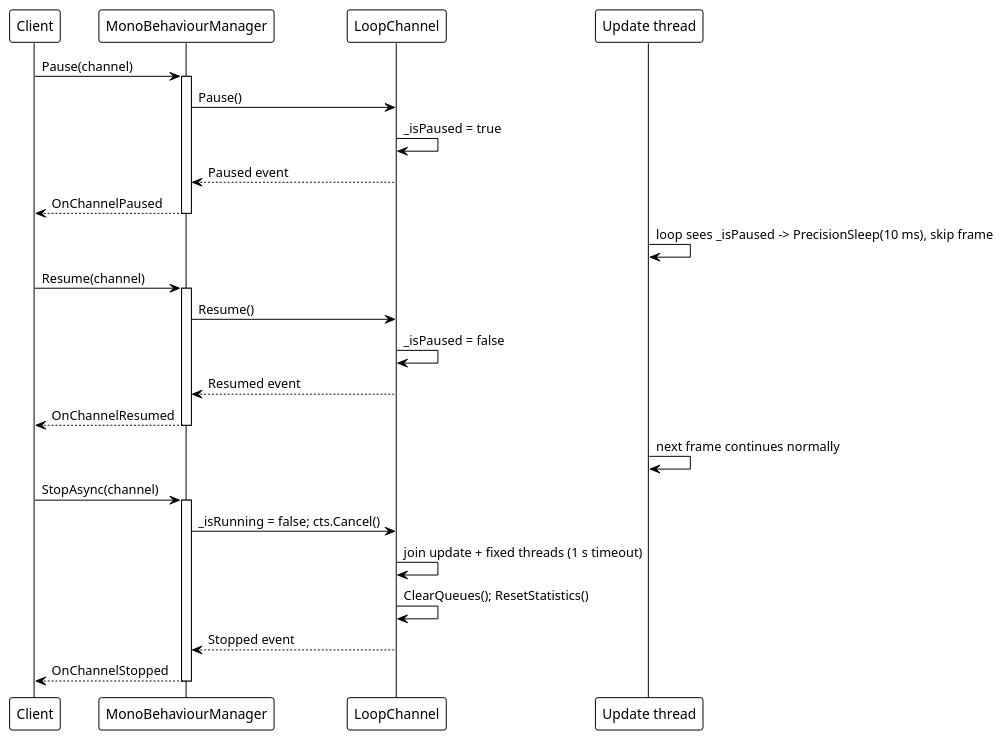
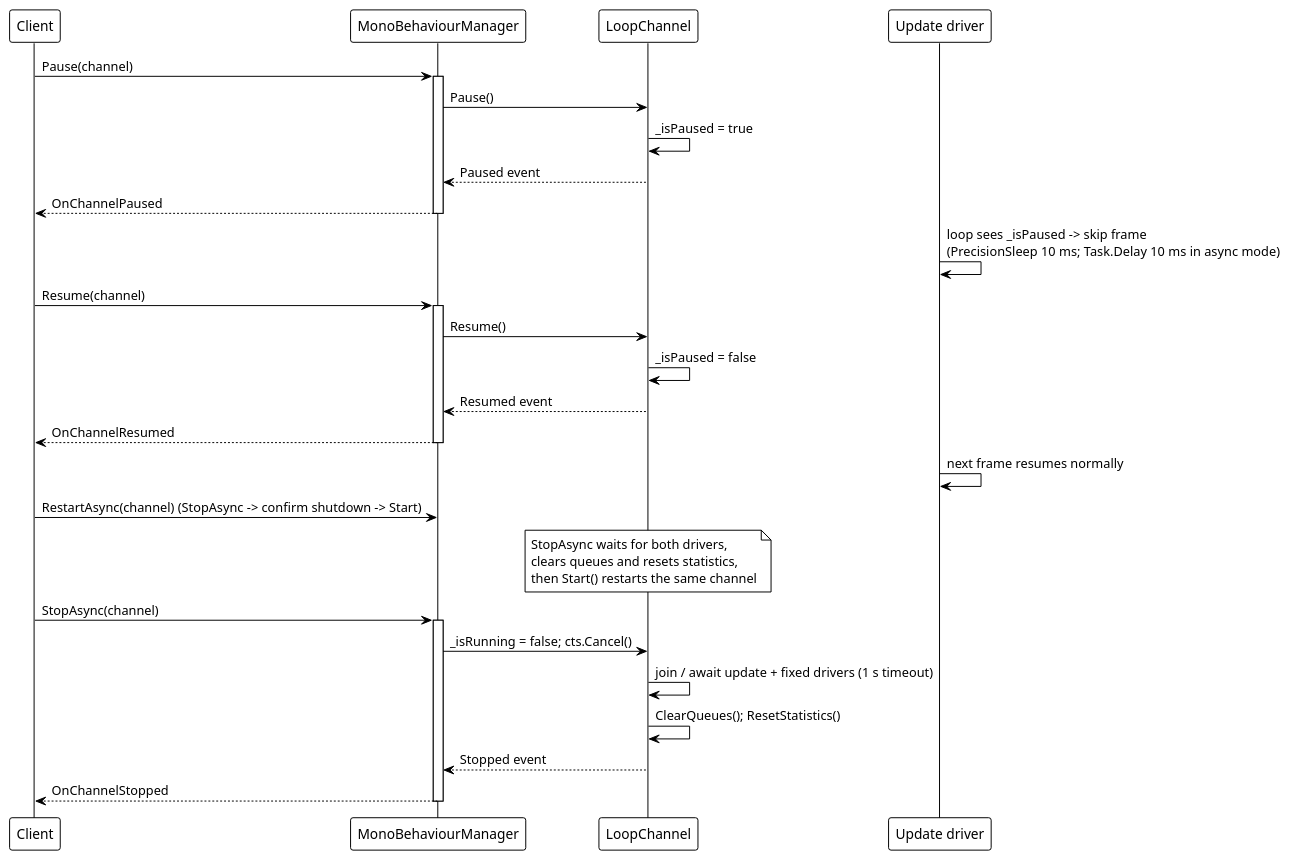
The second of 6 diagrams in src/CloudGlyph/Assets/Docs/content/en/3_SE_Analysis/03_data-flow/06_monobehaviour/index.md (Axvser/VeloxDev.Docs), drawn with PlantUML before and after one commit. The commit also changed other lines of this file and 443 other files, not shown here.

````diff
--- a/src/CloudGlyph/Assets/Docs/content/en/3_SE_Analysis/03_data-flow/06_monobehaviour/index.md
+++ b/src/CloudGlyph/Assets/Docs/content/en/3_SE_Analysis/03_data-flow/06_monobehaviour/index.md
@@ -70,39 +81,42 @@
 ```plantuml
 @startuml
 !theme plain
 
 participant "Client" as C
 participant "MonoBehaviourManager" as M
 participant "LoopChannel" as L
-participant "Update thread" as U
+participant "Update driver" as U
 
 C -> M: Pause(channel)
 activate M
 M -> L: Pause()
 L -> L: _isPaused = true
 L --> M: Paused event
 M --> C: OnChannelPaused
 deactivate M
 
-U -> U: loop sees _isPaused -> PrecisionSleep(10 ms), skip frame
+U -> U: loop sees _isPaused -> skip frame\n(PrecisionSleep 10 ms; Task.Delay 10 ms in async mode)
 
 C -> M: Resume(channel)
 activate M
 M -> L: Resume()
 L -> L: _isPaused = false
 L --> M: Resumed event
 M --> C: OnChannelResumed
 deactivate M
 
-U -> U: next frame continues normally
+U -> U: next frame resumes normally
+
+C -> M: RestartAsync(channel) (StopAsync -> confirm shutdown -> Start)
+note over L: StopAsync waits for both drivers,\nclears queues and resets statistics,\nthen Start() restarts the same channel
 
 C -> M: StopAsync(channel)
 activate M
 M -> L: _isRunning = false; cts.Cancel()
-L -> L: join update + fixed threads (1 s timeout)
+L -> L: join / await update + fixed drivers (1 s timeout)
 L -> L: ClearQueues(); ResetStatistics()
 L --> M: Stopped event
 M --> C: OnChannelStopped
 deactivate M
 @enduml
 ```
````
